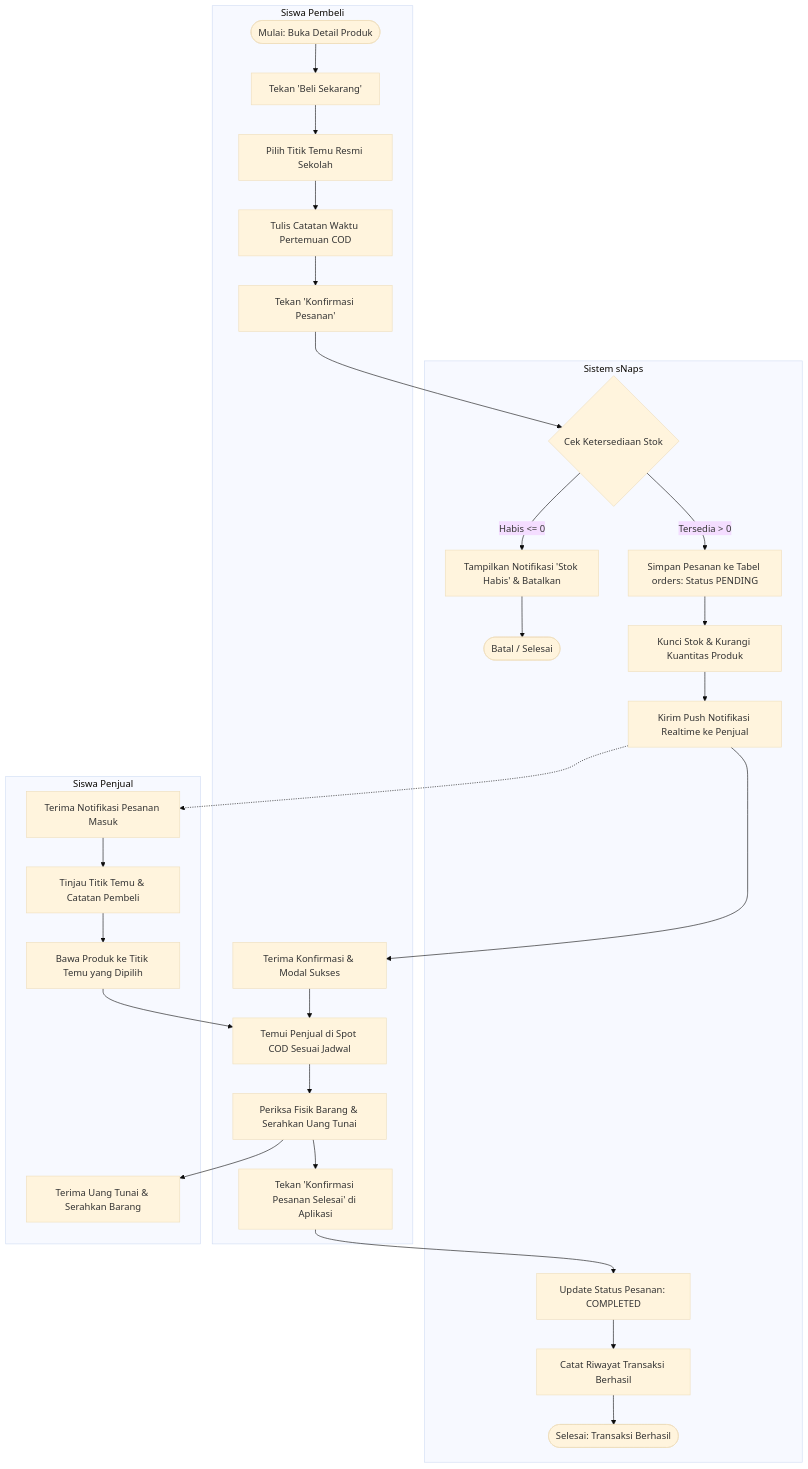
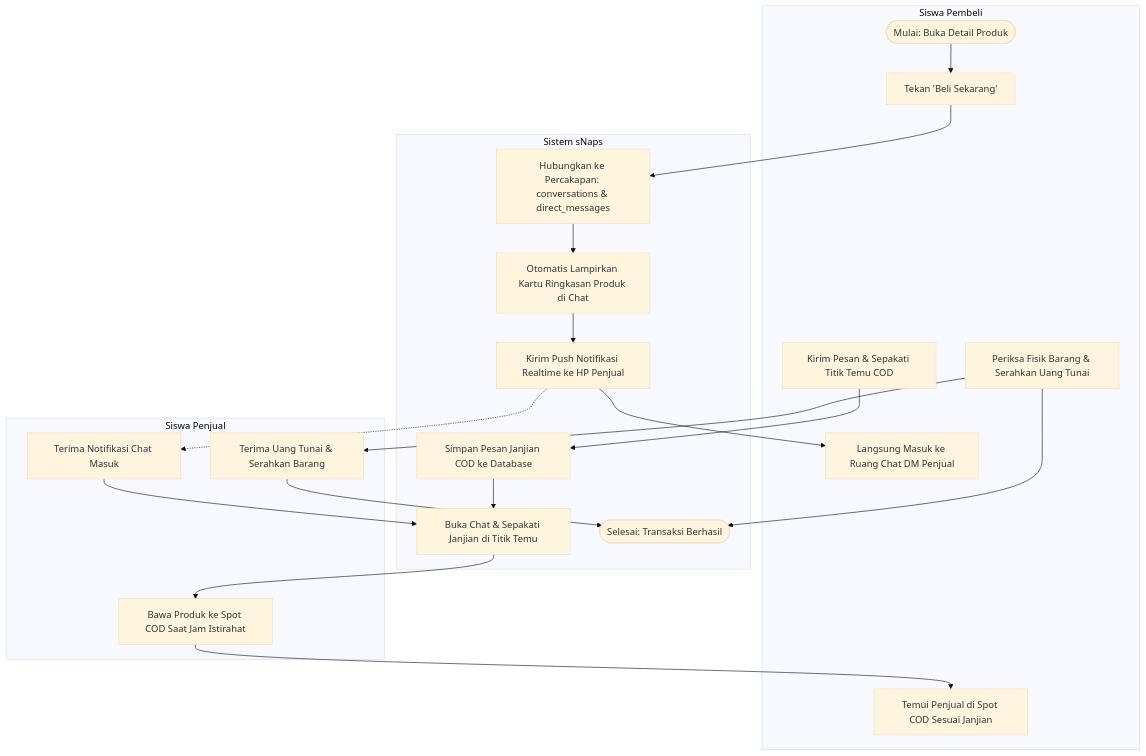
The seventh of 11 diagrams in docs/bab3/BAB_III_PERANCANGAN_ARSITEKTUR_SISTEM.md (HelloRayy/snaps), drawn with Mermaid (base theme) before and after one commit. The commit also changed other lines of this file and 5 other files, not shown here.

Commit message:
docs(bab3): sync ERD, CDM, and PDM with real Supabase chat schema

````diff
--- a/docs/bab3/BAB_III_PERANCANGAN_ARSITEKTUR_SISTEM.md
+++ b/docs/bab3/BAB_III_PERANCANGAN_ARSITEKTUR_SISTEM.md
@@ -276,33 +276,29 @@
 ```mermaid
 flowchart TD
     subgraph Pembeli["Siswa Pembeli"]
         A1([Mulai: Buka Detail Produk]) --> A2[Tekan 'Beli Sekarang']
-        A2 --> A3[Pilih Titik Temu Resmi Sekolah]
-        A3 --> A4[Tulis Catatan Waktu Pertemuan COD]
-        A4 --> A5[Tekan 'Konfirmasi Pesanan']
-        A8[Terima Konfirmasi & Modal Sukses] --> A9[Temui Penjual di Spot COD Sesuai Jadwal]
-        A9 --> A10[Periksa Fisik Barang & Serahkan Uang Tunai]
-        A10 --> A11[Tekan 'Konfirmasi Pesanan Selesai' di Aplikasi]
+        A3[Langsung Masuk ke Ruang Chat DM Penjual]
+        A4[Kirim Pesan & Sepakati Titik Temu COD]
+        A5[Temui Penjual di Spot COD Sesuai Janjian]
+        A6[Periksa Fisik Barang & Serahkan Uang Tunai]
     end
 
     subgraph Sistem["Sistem sNaps"]
-        A5 --> S1{Cek Ketersediaan Stok}
-        S1 -- Habis <= 0 --> S2[Tampilkan Notifikasi 'Stok Habis' & Batalkan]
-        S2 --> S_End([Batal / Selesai])
-        S1 -- Tersedia > 0 --> S3[Simpan Pesanan ke Tabel orders: Status PENDING]
-        S3 --> S4[Kunci Stok & Kurangi Kuantitas Produk]
-        S4 --> S5[Kirim Push Notifikasi Realtime ke Penjual]
-        S5 --> A8
-        A11 --> S6[Update Status Pesanan: COMPLETED]
-        S6 --> S7[Catat Riwayat Transaksi Berhasil]
-        S7 --> S_Final([Selesai: Transaksi Berhasil])
+        A2 --> S1[Hubungkan ke Percakapan: conversations & direct_messages]
+        S1 --> S2[Otomatis Lampirkan Kartu Ringkasan Produk di Chat]
+        S2 --> S3[Kirim Push Notifikasi Realtime ke HP Penjual]
+        S3 --> A3
+        A4 --> S4[Simpan Pesan Janjian COD ke Database]
+        S4 --> P2
+        A6 --> S_Final([Selesai: Transaksi Berhasil])
     end
 
     subgraph Penjual["Siswa Penjual"]
-        S5 -.-> P1[Terima Notifikasi Pesanan Masuk]
-        P1 --> P2[Tinjau Titik Temu & Catatan Pembeli]
-        P2 --> P3[Bawa Produk ke Titik Temu yang Dipilih]
-        P3 --> A9
-        A10 --> P4[Terima Uang Tunai & Serahkan Barang]
+        S3 -.-> P1[Terima Notifikasi Chat Masuk]
+        P1 --> P2[Buka Chat & Sepakati Janjian di Titik Temu]
+        P2 --> P3[Bawa Produk ke Spot COD Saat Jam Istirahat]
+        P3 --> A5
+        A6 --> P4[Terima Uang Tunai & Serahkan Barang]
+        P4 --> S_Final
     end
 ```
````
